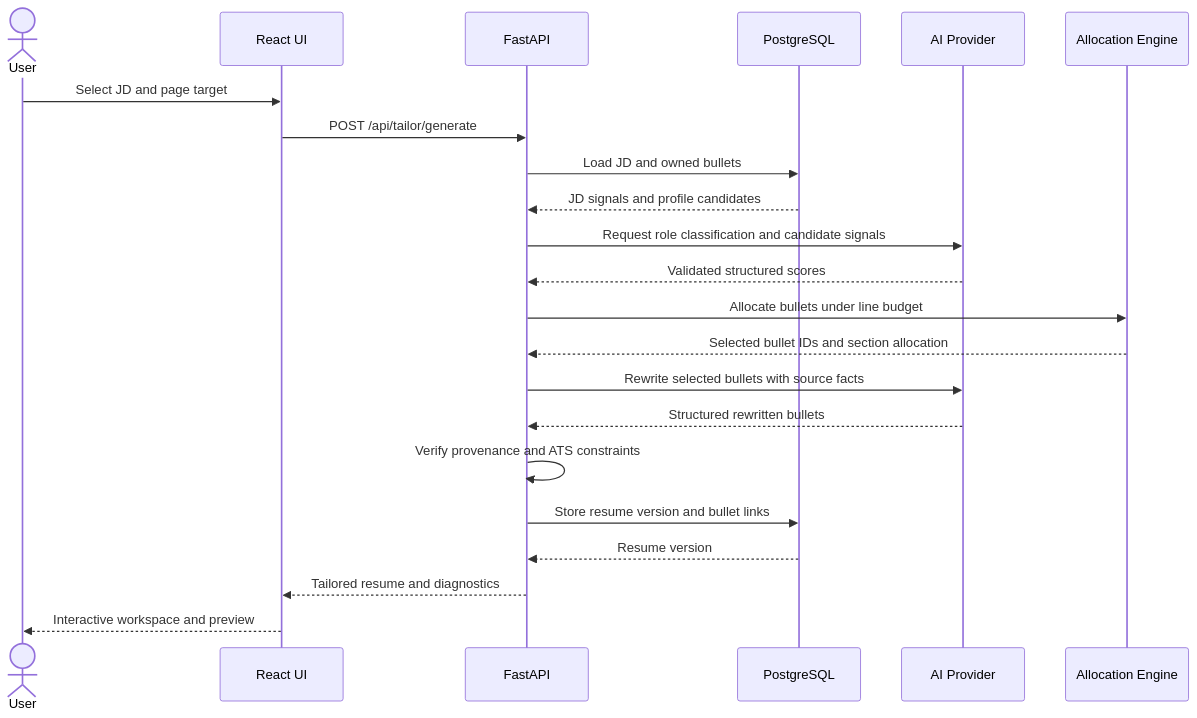
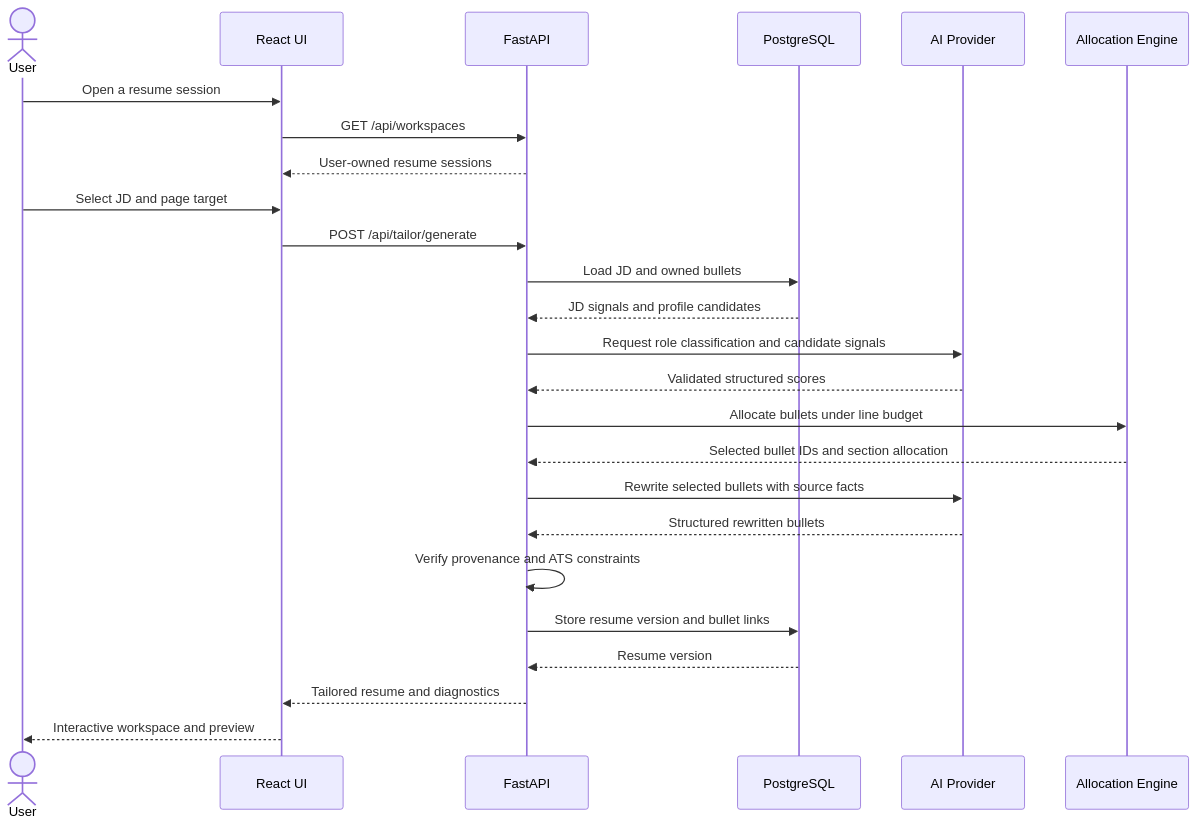
Before and after one commit to HitkarMiglani/KnapResume: the fourth of 5 diagrams in docs/BUILD_PLAN.md, drawn with Mermaid. The commit also changed other lines of this file and 13 other files, not shown here.

Commit message:
feat: Implement profile-first onboarding flow with resume workspaces and session management

````diff
--- a/docs/BUILD_PLAN.md
+++ b/docs/BUILD_PLAN.md
@@ -229,25 +256,28 @@
 ```mermaid
 sequenceDiagram
     actor User
     participant UI as React UI
     participant API as FastAPI
     participant DB as PostgreSQL
     participant AI as AI Provider
     participant Solver as Allocation Engine
 
+    User->>UI: Open a resume session
+    UI->>API: GET /api/workspaces
+    API-->>UI: User-owned resume sessions
     User->>UI: Select JD and page target
     UI->>API: POST /api/tailor/generate
     API->>DB: Load JD and owned bullets
     DB-->>API: JD signals and profile candidates
     API->>AI: Request role classification and candidate signals
     AI-->>API: Validated structured scores
     API->>Solver: Allocate bullets under line budget
     Solver-->>API: Selected bullet IDs and section allocation
     API->>AI: Rewrite selected bullets with source facts
     AI-->>API: Structured rewritten bullets
     API->>API: Verify provenance and ATS constraints
     API->>DB: Store resume version and bullet links
     DB-->>API: Resume version
     API-->>UI: Tailored resume and diagnostics
     UI-->>User: Interactive workspace and preview
 ```
````
